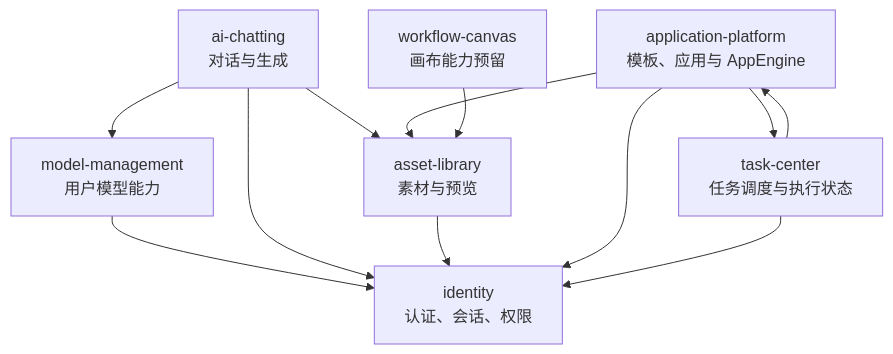
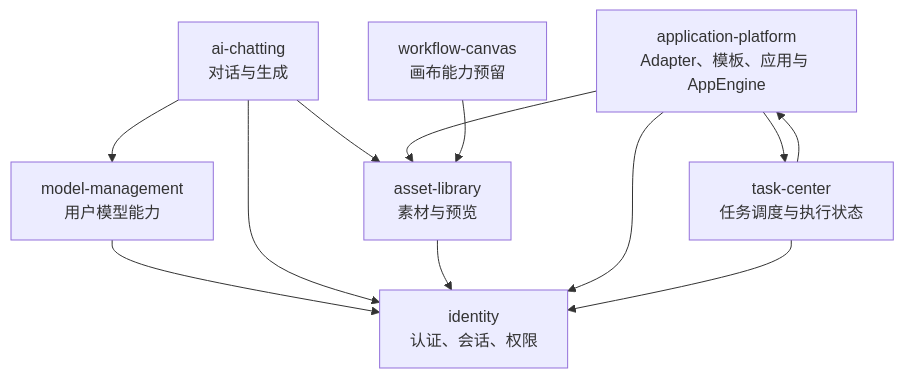
One commit to wangweihong/omnimam-spec changed the first of 3 diagrams in 02_architecture/global-architecture.md. Above: the diagram before and after it, drawn with Mermaid. The commit also changed other lines of this file and 14 other files, not shown here.

Commit message:
docs: update application platform/task center

````diff
--- a/02_architecture/global-architecture.md
+++ b/02_architecture/global-architecture.md
@@ -25,23 +25,23 @@
 ```mermaid
 graph TD
   Identity["identity<br/>认证、会话、权限"]
   Model["model-management<br/>用户模型能力"]
   Chat["ai-chatting<br/>对话与生成"]
   Asset["asset-library<br/>素材与预览"]
-  App["application-platform<br/>模板、应用与 AppEngine"]
+  App["application-platform<br/>Adapter、模板、应用与 AppEngine"]
   Task["task-center<br/>任务调度与执行状态"]
   Canvas["workflow-canvas<br/>画布能力预留"]
 
   Chat --> Model
   Chat --> Asset
   App --> Task
   App --> Asset
   Task --> App
   Canvas --> Asset
 
   Model --> Identity
   Chat --> Identity
   Asset --> Identity
   App --> Identity
   Task --> Identity
 ```
````
